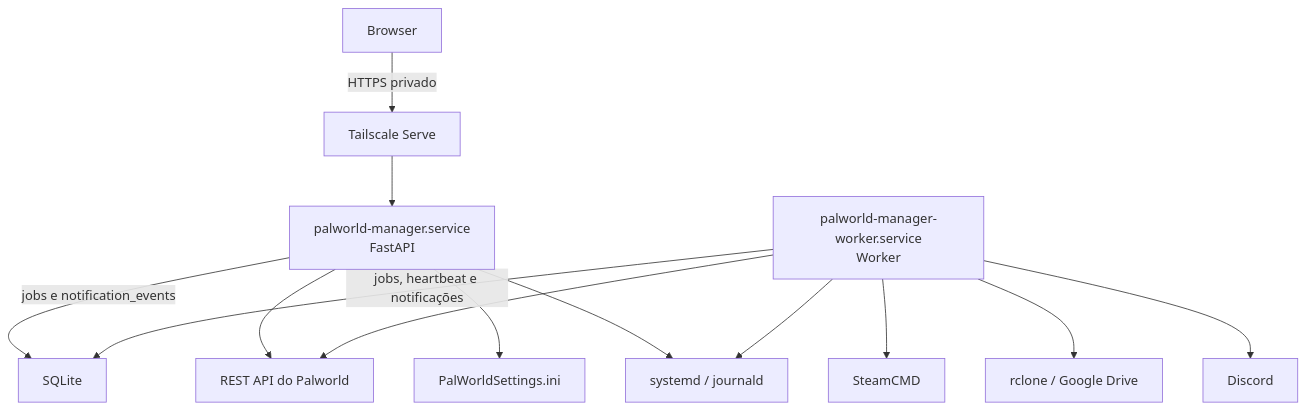
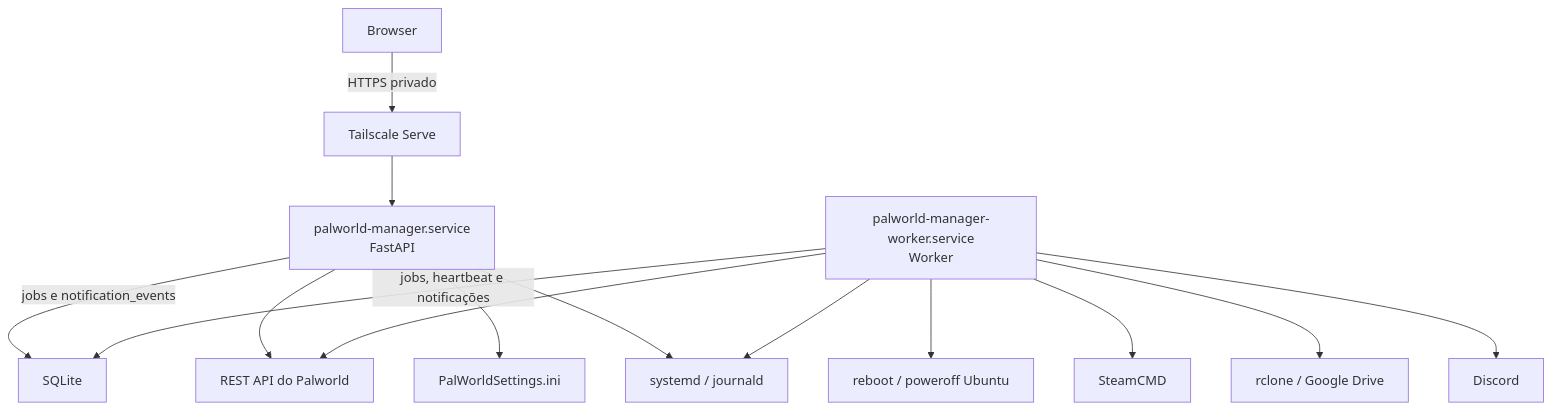
One commit to josecarlosromeiro1986/palworld-manager changed the diagram in docs/architecture/overview.md. Above: the diagram before and after it, drawn with Mermaid. The commit also changed other lines of this file and 21 other files, not shown here.

Commit message:
feat: add host power controls

````diff
--- a/docs/architecture/overview.md
+++ b/docs/architecture/overview.md
@@ -11,15 +11,16 @@
 ```mermaid
 flowchart TD
     Browser -->|HTTPS privado| Tailscale["Tailscale Serve"]
     Tailscale --> Web["palworld-manager.service<br/>FastAPI"]
     Web -->|jobs e notification_events| SQLite
     Worker["palworld-manager-worker.service<br/>Worker"] -->|jobs, heartbeat e notificações| SQLite
     Web --> PalAPI["REST API do Palworld"]
     Web --> PalIni["PalWorldSettings.ini"]
     Worker --> PalAPI
     Web --> Systemd["systemd / journald"]
     Worker --> Systemd
+    Worker --> HostPower["reboot / poweroff Ubuntu"]
     Worker --> SteamCMD
     Worker --> Rclone["rclone / Google Drive"]
     Worker --> Discord
 ```
````
